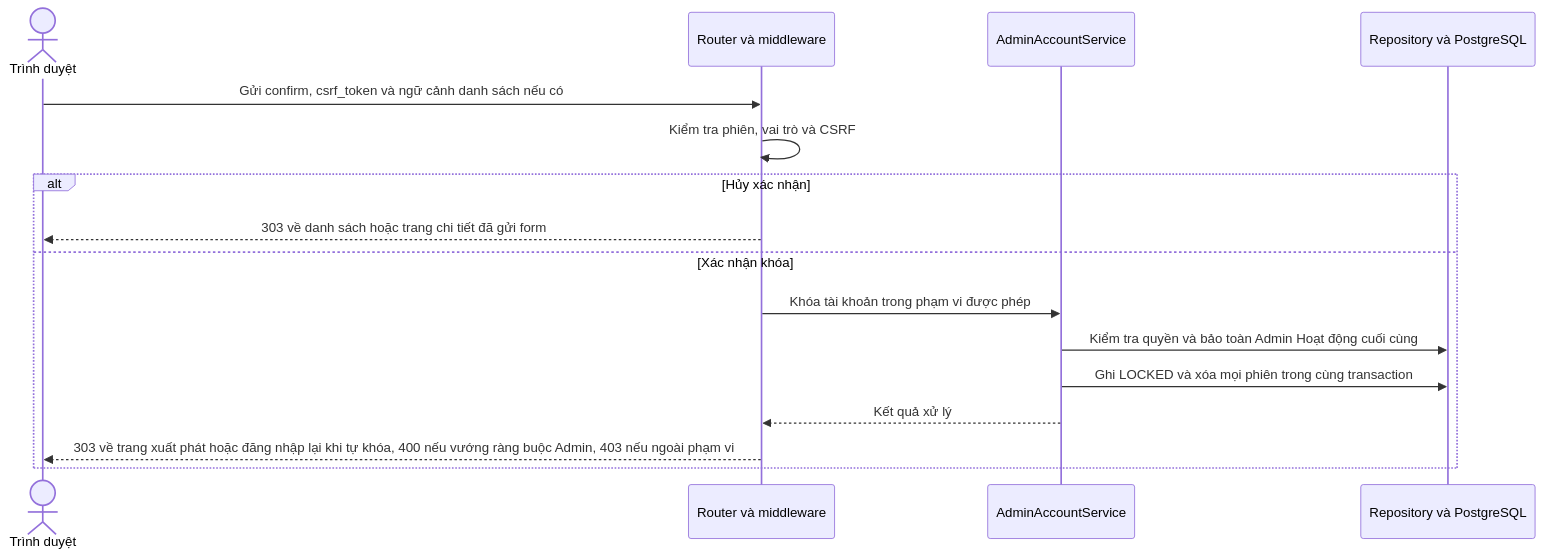
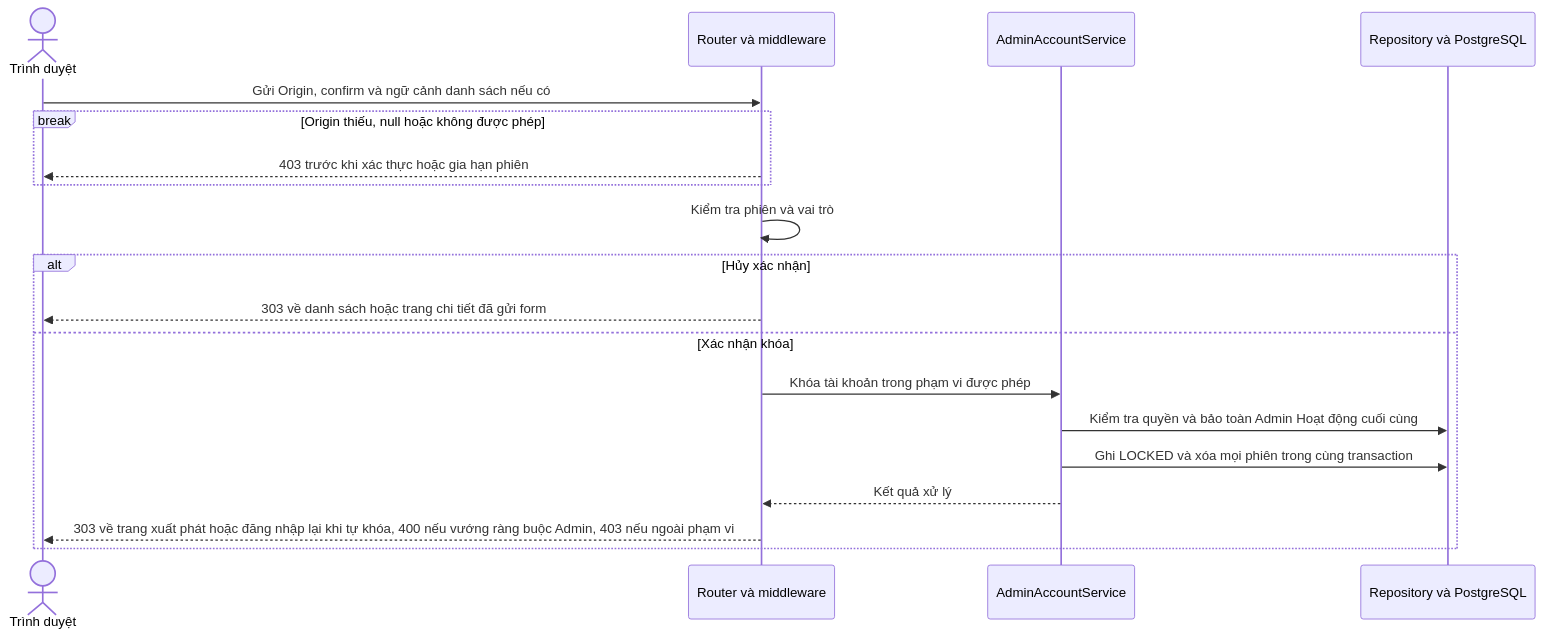
The diagram in docs/sequence/identity/post-admin-accounts-key-lock.md (thanhklt/sobie-swimwear-e-commerce), drawn with Mermaid before and after one commit. The commit also changed 27 other files, not shown here.

First line of the commit message:
refactor(identity): drop CSRF token, enforce Origin on all write requests

````diff
--- a/docs/sequence/identity/post-admin-accounts-key-lock.md
+++ b/docs/sequence/identity/post-admin-accounts-key-lock.md
@@ -5,18 +5,21 @@
 ```mermaid
 sequenceDiagram
     actor Browser as Trình duyệt
     participant Route as Router và middleware
     participant Service as AdminAccountService
     participant Data as Repository và PostgreSQL
-    Browser->>Route: Gửi confirm, csrf_token và ngữ cảnh danh sách nếu có
-    Route->>Route: Kiểm tra phiên, vai trò và CSRF
+    Browser->>Route: Gửi Origin, confirm và ngữ cảnh danh sách nếu có
+    break Origin thiếu, null hoặc không được phép
+        Route-->>Browser: 403 trước khi xác thực hoặc gia hạn phiên
+    end
+    Route->>Route: Kiểm tra phiên và vai trò
     alt Hủy xác nhận
         Route-->>Browser: 303 về danh sách hoặc trang chi tiết đã gửi form
     else Xác nhận khóa
         Route->>Service: Khóa tài khoản trong phạm vi được phép
         Service->>Data: Kiểm tra quyền và bảo toàn Admin Hoạt động cuối cùng
         Service->>Data: Ghi LOCKED và xóa mọi phiên trong cùng transaction
         Service-->>Route: Kết quả xử lý
         Route-->>Browser: 303 về trang xuất phát hoặc đăng nhập lại khi tự khóa, 400 nếu vướng ràng buộc Admin, 403 nếu ngoài phạm vi
     end
 ```
````
